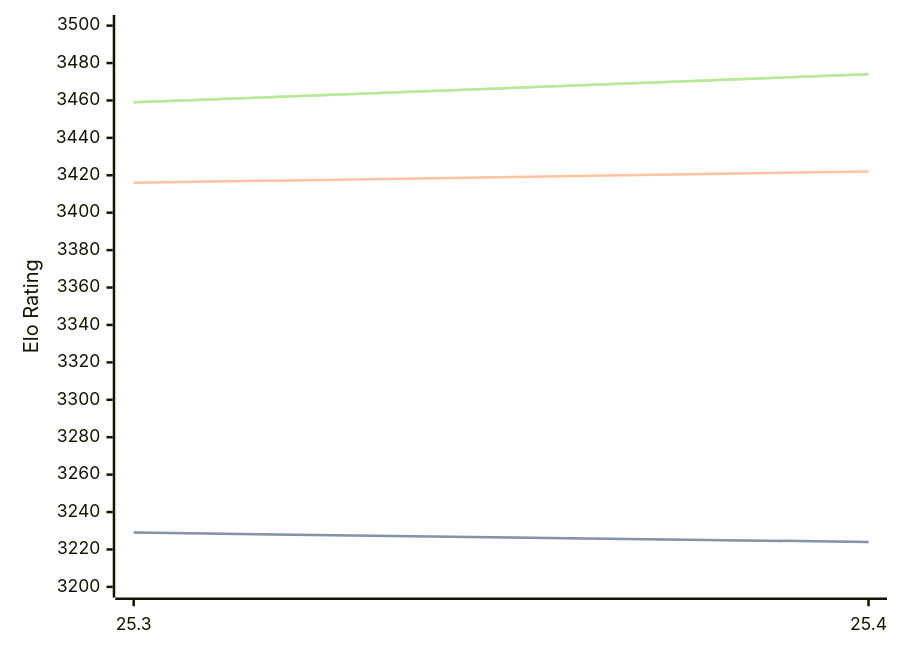
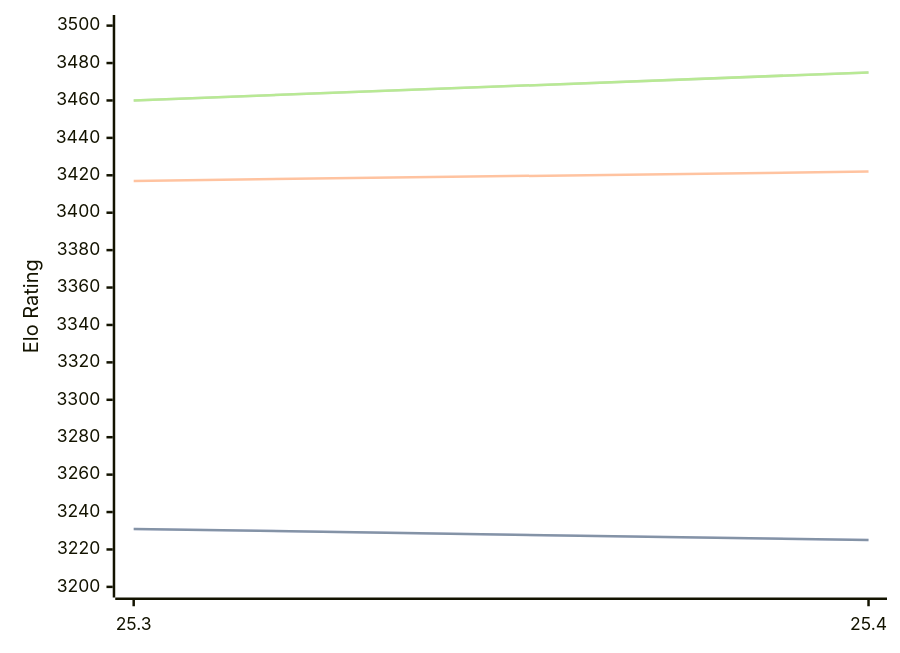
The diagram in engines/Arasan.md (computer-chess-index/cci), drawn with Mermaid before and after one commit. The commit also changed other lines of this file, not shown here.

Commit message:
Update CCI Ratings (ELO VLTC) - 2026-07-23

````diff
--- a/engines/Arasan.md
+++ b/engines/Arasan.md
@@ -33,11 +33,11 @@
 ```mermaid
 %%{init: {"theme":"base","themeVariables":{"seriesColors:['#a3a3a3','#222221','#faa371']}}}%%
 xychart-beta
   x-axis ["25.3", "25.4"]
   y-axis "Elo Rating" 3200 --> 3500
-  line "STC (8.0+0.08s)" [3229, 3224]
-  line "STC (8.0+0.08s)" [3229, 3224]
-  line "LTC (60.0+0.60s)" [3416, 3422]
-  line "VLTC (2m24s+1.12s)" [3459, 3474]
-  line "VLTC (2m24s+1.12s)" [3459, 3474]
+  line "STC (8.0+0.08s)" [3231, 3225]
+  line "STC (8.0+0.08s)" [3231, 3225]
+  line "LTC (60.0+0.60s)" [3417, 3422]
+  line "VLTC (2m24s+1.12s)" [3460, 3475]
+  line "VLTC (2m24s+1.12s)" [3460, 3475]
 ```
````
